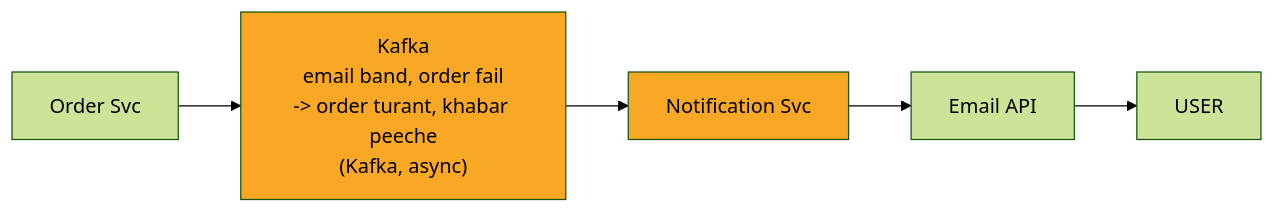
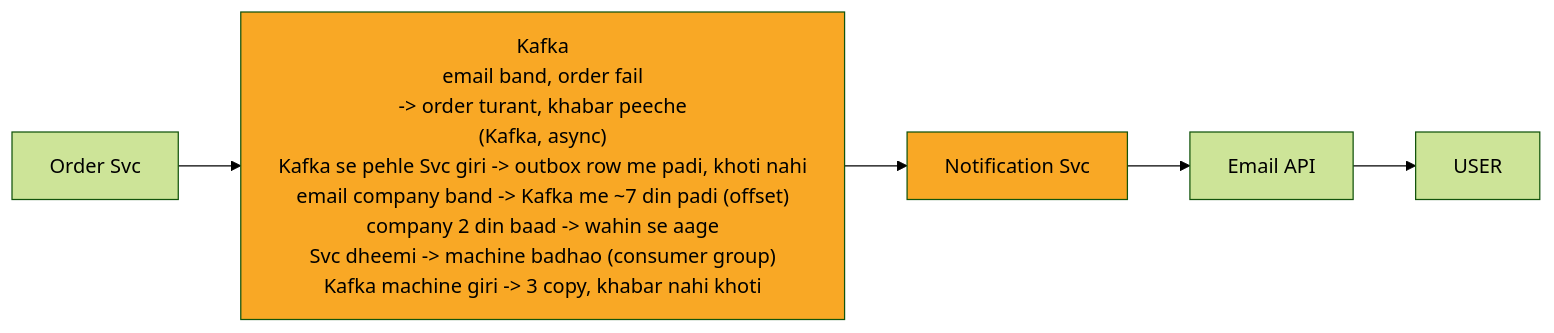
One commit to ArpanMaheshwari144/Prep changed the second of 13 diagrams in 04_HLD/SYSTEM_DESIGNS/04_notification_system/04_notification_system.md. Above: the diagram before and after it, drawn with Mermaid (forest theme). The commit also changed other lines of this file and 12 other files, not shown here.

Commit message:
hld 02-14: peele dabbe me SAFAR ke mod + diagram chauda (wrappingWidth 450)

````diff
--- a/04_HLD/SYSTEM_DESIGNS/04_notification_system/04_notification_system.md
+++ b/04_HLD/SYSTEM_DESIGNS/04_notification_system/04_notification_system.md
@@ -103,14 +104,15 @@
 ```mermaid
+%%{init: {"flowchart": {"wrappingWidth": 450}}}%%
 flowchart LR
     n_Order_Svc["Order Svc"]
-    n_Kafka["Kafka<br/>email band, order fail<br/>-> order turant, khabar peeche<br/>(Kafka, async)"]
+    n_Kafka["Kafka<br/>email band, order fail<br/>-> order turant, khabar peeche<br/>(Kafka, async)<br/>Kafka se pehle Svc giri -> outbox row me padi, khoti nahi<br/>email company band -> Kafka me ~7 din padi (offset)<br/>company 2 din baad -> wahin se aage<br/>Svc dheemi -> machine badhao (consumer group)<br/>Kafka machine giri -> 3 copy, khabar nahi khoti"]
     n_Notification_Svc["Notification Svc"]
     n_Email_API["Email API"]
     n_USER["USER"]
     n_Order_Svc --> n_Kafka
     n_Kafka --> n_Notification_Svc
     n_Notification_Svc --> n_Email_API
     n_Email_API --> n_USER
     style n_Kafka fill:#f9a825,color:#000
     style n_Notification_Svc fill:#f9a825,color:#000
 ```
````
